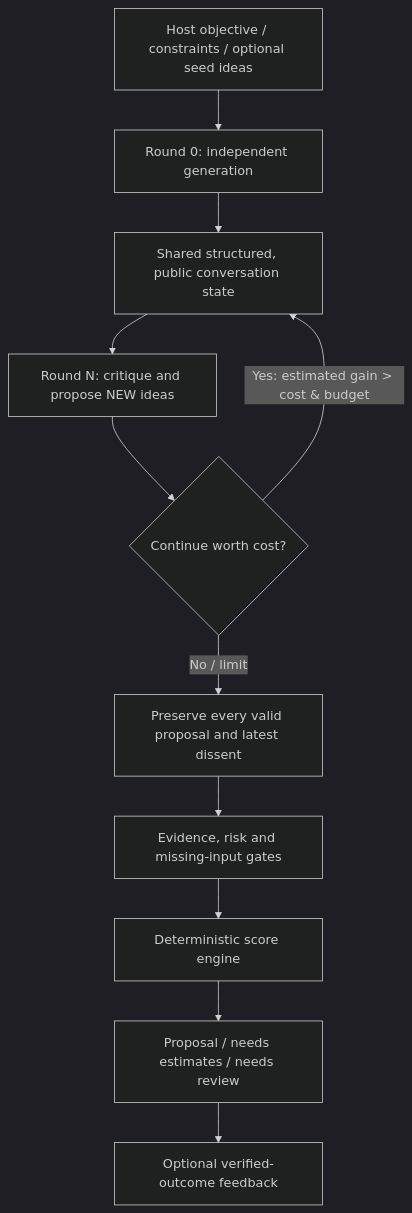
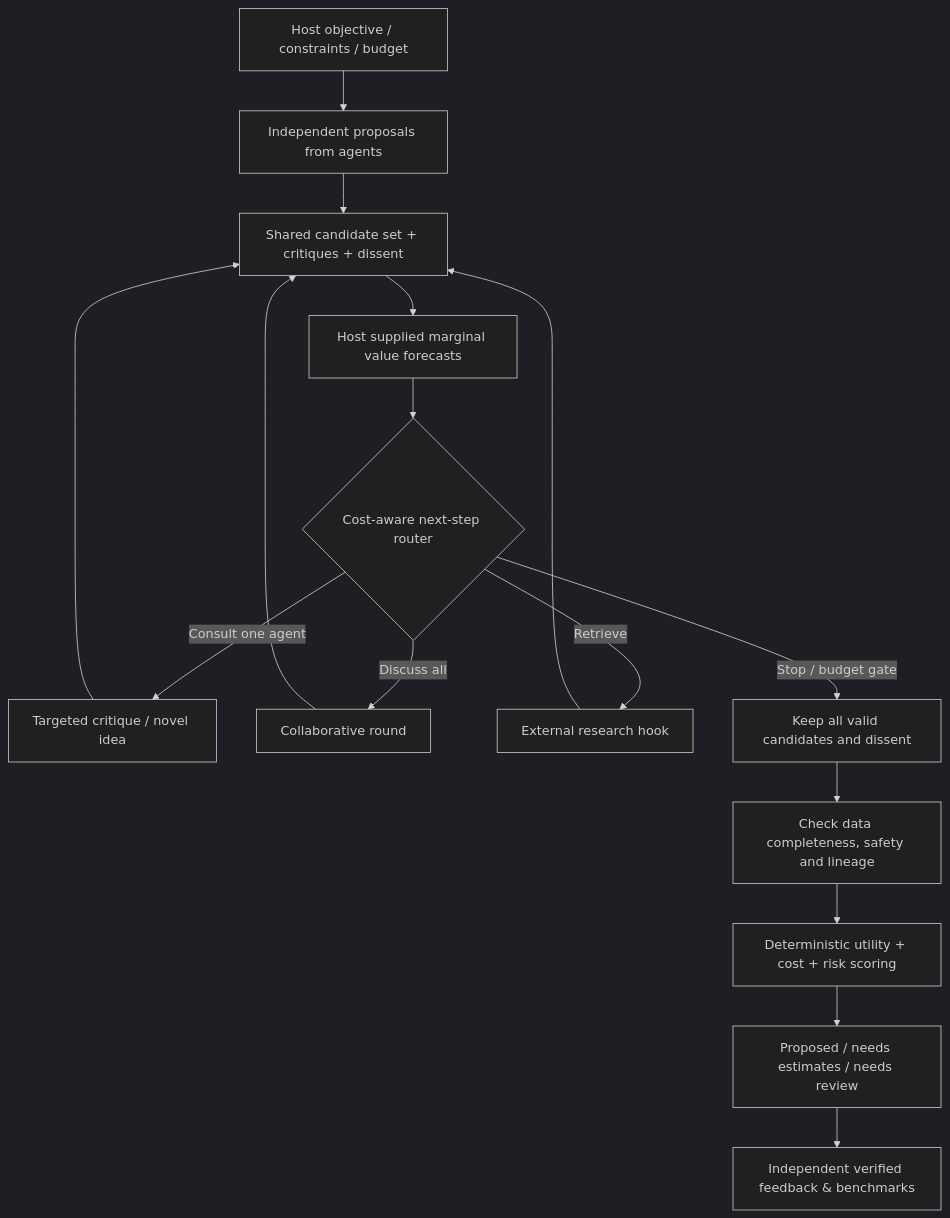
The diagram in docs/ARCHITECTURE.md (ZacharyVo/Arbiter-AI), drawn with Mermaid (dark theme) before and after one commit. The commit also changed other lines of this file and 20 other files, not shown here.

````diff
--- a/docs/ARCHITECTURE.md
+++ b/docs/ARCHITECTURE.md
@@ -3,13 +7,18 @@
 ```mermaid
 flowchart TD
-  H[Host objective / constraints / optional seed ideas] --> I[Round 0: independent generation]
-  I --> S[Shared structured, public conversation state]
-  S --> D[Round N: critique and propose NEW ideas]
-  D --> V{Continue worth cost?}
-  V -->|Yes: estimated gain > cost & budget| S
-  V -->|No / limit| P[Preserve every valid proposal and latest dissent]
-  P --> G[Evidence, risk and missing-input gates]
-  G --> E[Deterministic score engine]
-  E --> O[Proposal / needs estimates / needs review]
-  O --> F[Optional verified-outcome feedback]
+  A[Host objective / constraints / budget] --> I[Independent proposals from agents]
+  I --> S[Shared candidate set + critiques + dissent]
+  S --> F[Host supplied marginal value forecasts]
+  F --> R{Cost-aware next-step router}
+  R -->|Consult one agent| C[Targeted critique / novel idea]
+  R -->|Discuss all| D[Collaborative round]
+  R -->|Retrieve| K[External research hook]
+  R -->|Stop / budget gate| L[Keep all valid candidates and dissent]
+  C --> S
+  D --> S
+  K --> S
+  L --> V[Check data completeness, safety and lineage]
+  V --> E[Deterministic utility + cost + risk scoring]
+  E --> O[Proposed / needs estimates / needs review]
+  O --> B[Independent verified feedback & benchmarks]
 ```
````
